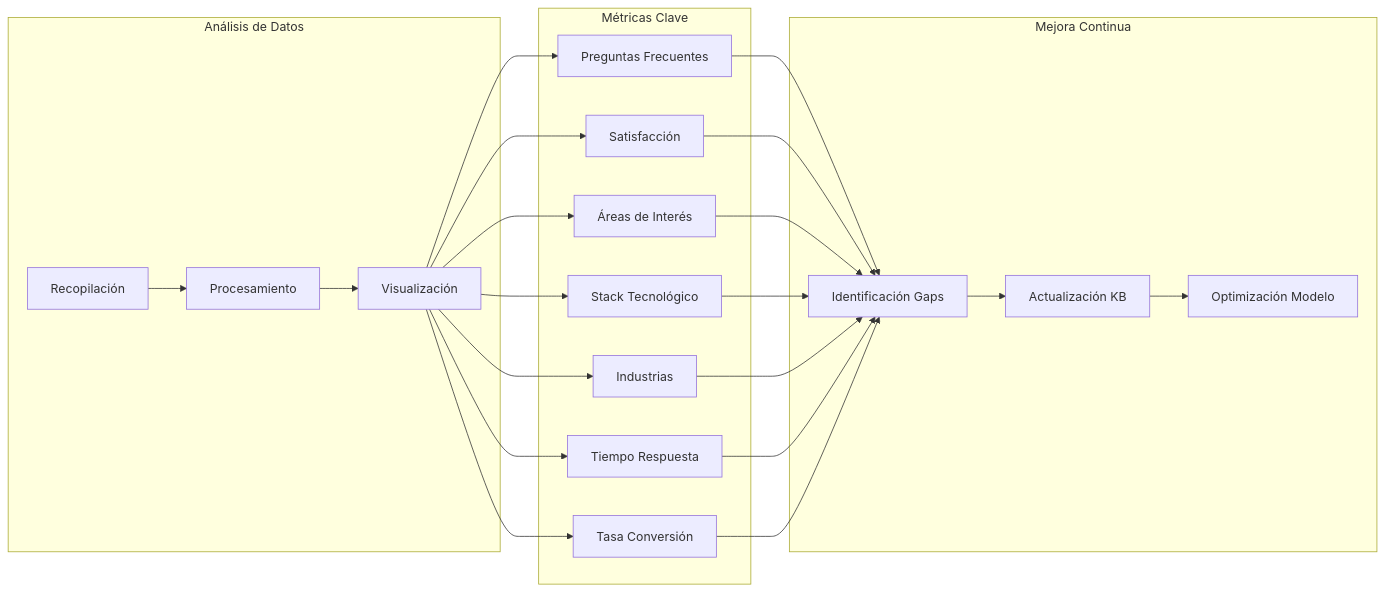
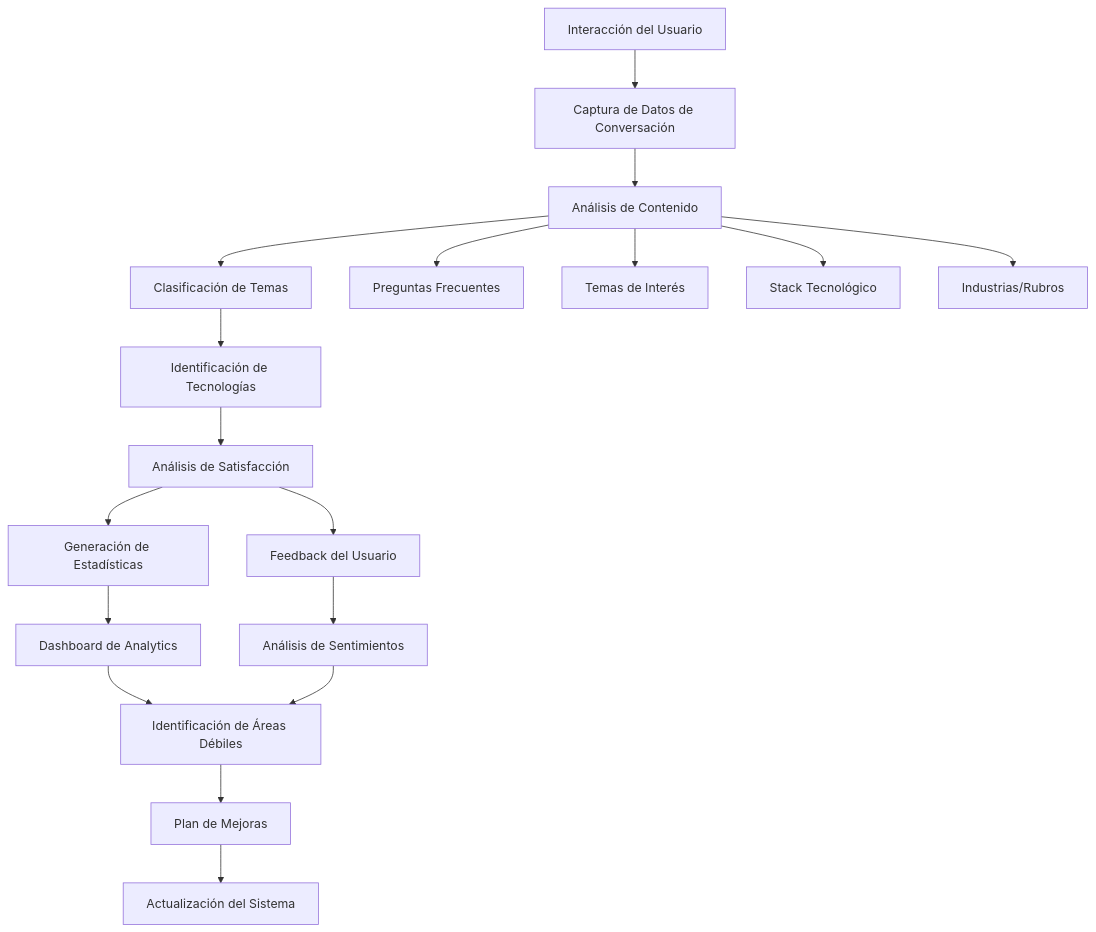
The eighth of 8 diagrams in docs/PRD.md (LIDR-academy/AI4Devs-finalproject), drawn with Mermaid before and after one commit. The commit also changed other lines of this file and 21 other files, not shown here.

````diff
--- a/docs/PRD.md
+++ b/docs/PRD.md
@@ -103,29 +434,22 @@
 ```mermaid
-graph LR
-    subgraph Análisis de Datos
-    A[Recopilación] --> B[Procesamiento]
-    B --> C[Visualización]
-    end
+flowchart TD
+    A[Interacción del Usuario] --> B[Captura de Datos de Conversación]
+    B --> C[Análisis de Contenido]
+    C --> D[Clasificación de Temas]
+    D --> E[Identificación de Tecnologías]
+    E --> F[Análisis de Satisfacción]
+    F --> G[Generación de Estadísticas]
+    G --> H[Dashboard de Analytics]
+    H --> I[Identificación de Áreas Débiles]
+    I --> J[Plan de Mejoras]
+    J --> K[Actualización del Sistema]
     
-    subgraph Métricas Clave
-    D[Preguntas Frecuentes]
-    E[Satisfacción]
-    F[Áreas de Interés]
-    G[Stack Tecnológico]
-    H[Industrias]
-    I[Tiempo Respuesta]
-    J[Tasa Conversión]
-    end
+    C --> L[Preguntas Frecuentes]
+    C --> M[Temas de Interés]
+    C --> N[Stack Tecnológico]
+    C --> O[Industrias/Rubros]
     
-    C --> D & E & F & G & H & I & J
-    
-    subgraph Mejora Continua
-    K[Identificación Gaps]
-    L[Actualización KB]
-    M[Optimización Modelo]
-    end
-    
-    D & E & F & G & H & I & J --> K
-    K --> L
-    L --> M
+    F --> P[Feedback del Usuario]
+    P --> Q[Análisis de Sentimientos]
+    Q --> I
 ```
````
